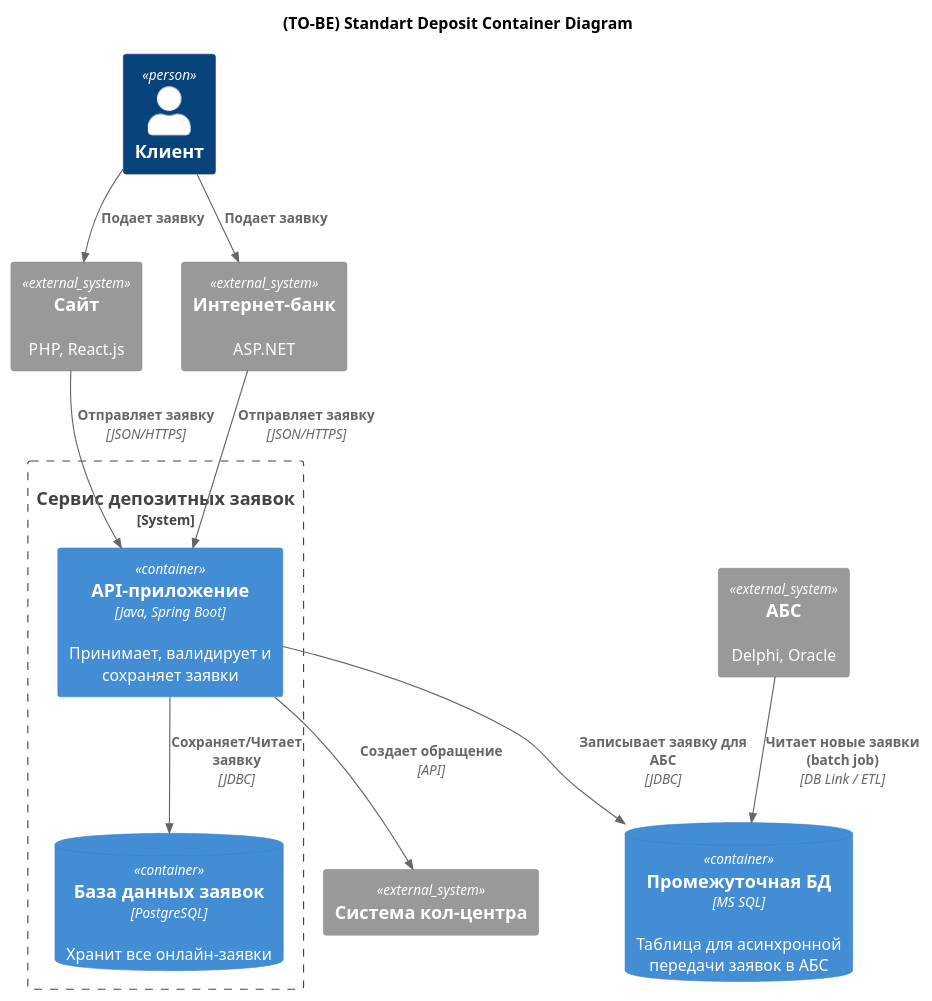
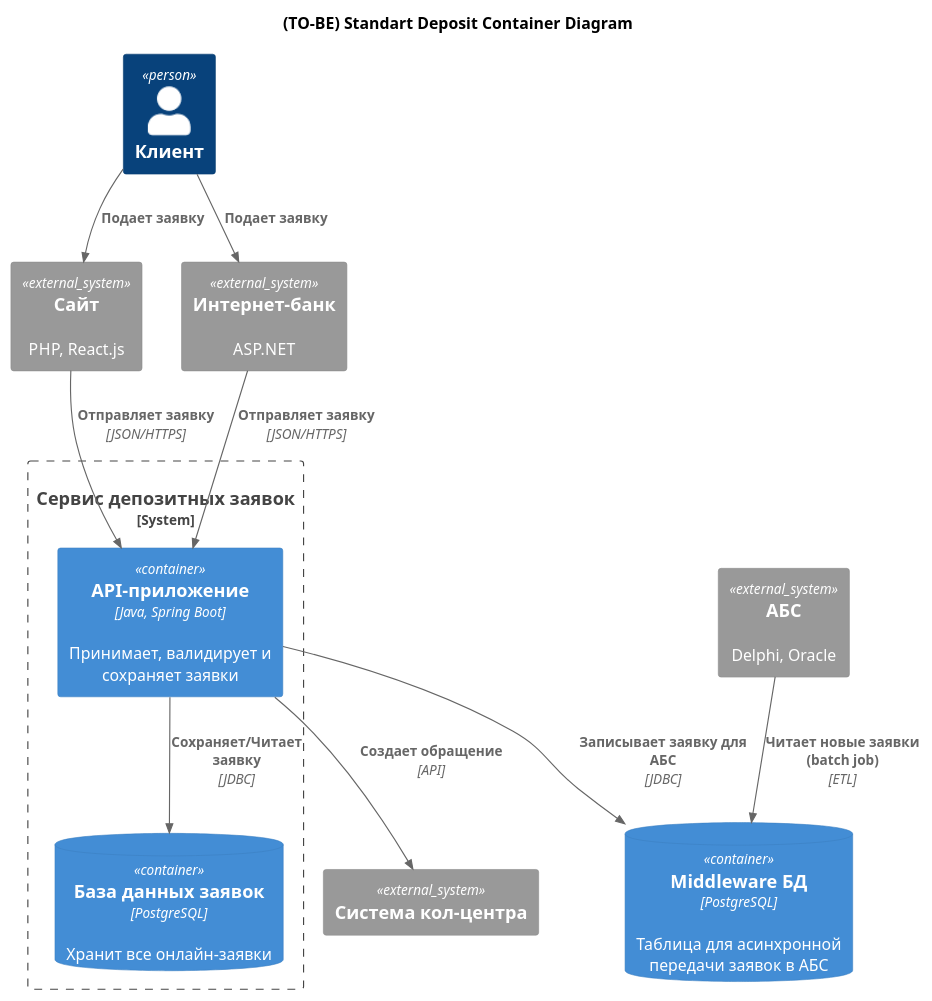
The diagram in Task3/Solution/(TO-BE) Standart_Deposit_C4_Container.puml (kotenev/architecture-pro-standart), drawn with PlantUML before and after one commit. The commit also changed 1 other file, not shown here.

Commit message:
Исправлена орфография в ADR и диаграмме контекста в модели C4 (Задание 3 Спринт 3)

```diff
--- a/Task3/Solution/(TO-BE) Standart_Deposit_C4_Container.puml
+++ b/Task3/Solution/(TO-BE) Standart_Deposit_C4_Container.puml
@@ -1,34 +1,34 @@
 @startuml
 title (TO-BE) Standart Deposit Container Diagram
 
 top to bottom direction
 
 !include https://raw.githubusercontent.com/plantuml-stdlib/C4-PlantUML/master/C4_Container.puml
 
 Person(client, "Клиент")
 
 System_Ext(site, "Сайт", "PHP, React.js")
 System_Ext(ib, "Интернет-банк", "ASP.NET")
 System_Ext(call_center_system, "Система кол-центра")
 System_Ext(abs, "АБС", "Delphi, Oracle")
 
 System_Boundary(c1, "Сервис депозитных заявок") {
     Container(api, "API-приложение", "Java, Spring Boot", "Принимает, валидирует и сохраняет заявки")
     ContainerDb(db, "База данных заявок", "PostgreSQL", "Хранит все онлайн-заявки")
 }
 
-ContainerDb(staging_db, "Промежуточная БД", "MS SQL", "Таблица для асинхронной передачи заявок в АБС")
+ContainerDb(staging_db, "Middleware БД", "PostgreSQL", "Таблица для асинхронной передачи заявок в АБС")
 
 Rel(client, site, "Подает заявку")
 Rel(client, ib, "Подает заявку")
 
 Rel(site, api, "Отправляет заявку", "JSON/HTTPS")
 Rel(ib, api, "Отправляет заявку", "JSON/HTTPS")
 
 Rel(api, db, "Сохраняет/Читает заявку", "JDBC")
 Rel(api, call_center_system, "Создает обращение", "API")
 Rel(api, staging_db, "Записывает заявку для АБС", "JDBC")
 
-Rel(abs, staging_db, "Читает новые заявки (batch job)", "DB Link / ETL")
+Rel(abs, staging_db, "Читает новые заявки (batch job)", "ETL")
 
 @enduml
```
